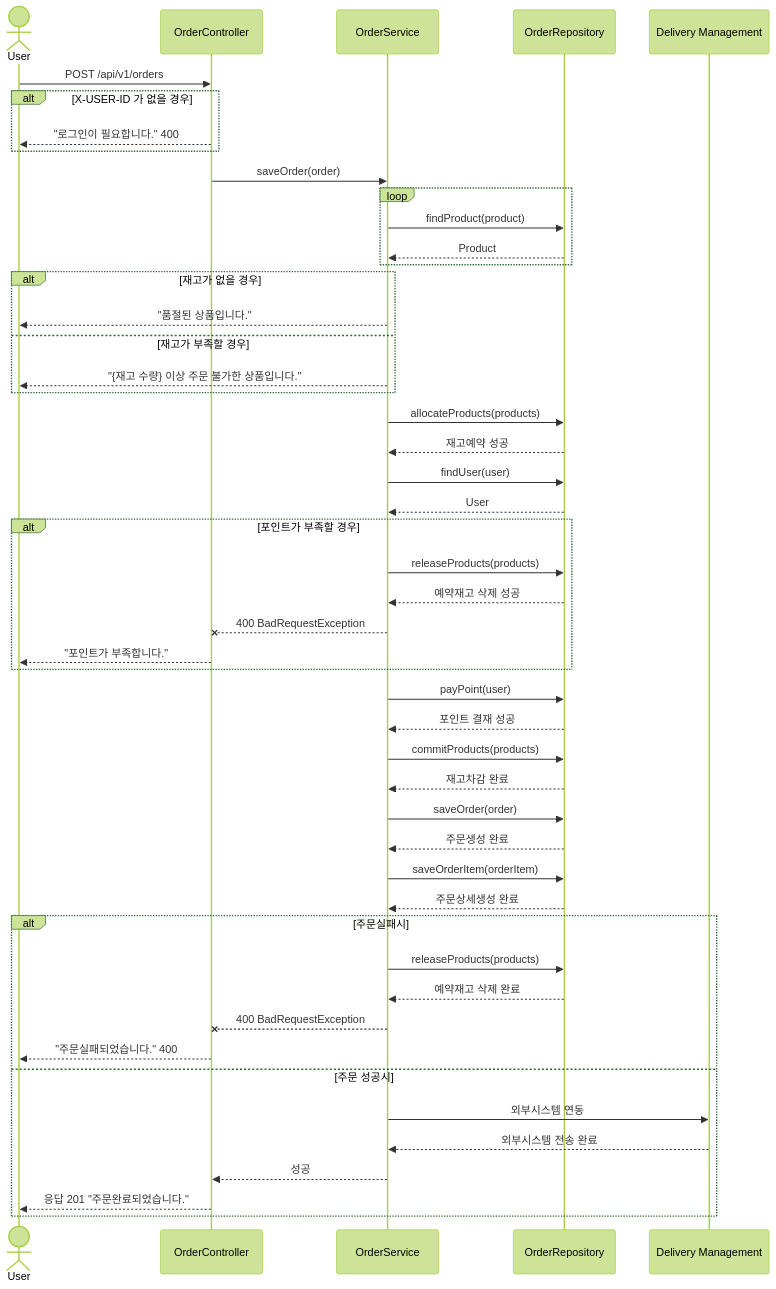
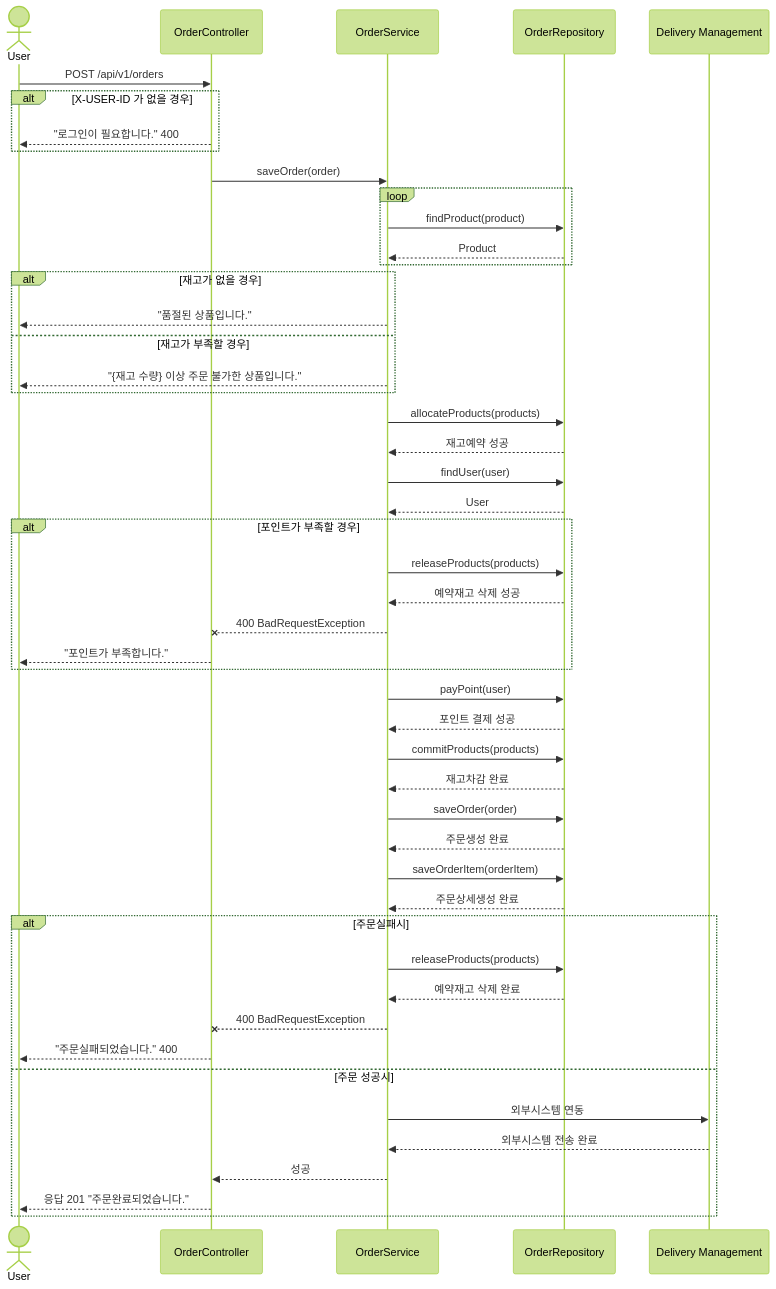
One commit to Loopers-dev-lab/loopers-spring-java-template changed the sixth of 6 diagrams in docs/week2/02-sequence-diagrams.md. Above: the diagram before and after it, drawn with Mermaid (forest theme). The commit also changed other lines of this file and 26 other files, not shown here.

````diff
--- a/docs/week2/02-sequence-diagrams.md
+++ b/docs/week2/02-sequence-diagrams.md
@@ -113,52 +113,52 @@
 ```mermaid
 sequenceDiagram  
 actor U as User  
 participant C as OrderController  
 participant S as OrderService  
 participant R as OrderRepository   
 participant DLV as Delivery Management
 
 U->>C: POST /api/v1/orders  
 alt X-USER-ID 가 없을 경우  
 C-->>U: "로그인이 필요합니다." 400  
 end  
 C->>S: saveOrder(order)
 loop  
 S->>R : findProduct(product)
 R-->>S: Product  
 end  
 alt 재고가 없을 경우  
 S-->>U: "품절된 상품입니다."
 else 재고가 부족할 경우  
 S-->>U: "{재고 수량} 이상 주문 불가한 상품입니다."
 end  
 S->>R: allocateProducts(products)
 R-->>S: 재고예약 성공  
 S->>R : findUser(user)
 R-->>S: User  
 alt 포인트가 부족할 경우  
 S->>R: releaseProducts(products)
 R-->>S: 예약재고 삭제 성공  
 S--x C: 400 BadRequestException  
 C-->>U: "포인트가 부족합니다."
 end  
 S->>R : payPoint(user)
-R-->>S: 포인트 결재 성공  
+R-->>S: 포인트 결제 성공  
 S->>R : commitProducts(products)
 R-->>S: 재고차감 완료  
 S->>R : saveOrder(order)
 R-->>S: 주문생성 완료  
 S->>R : saveOrderItem(orderItem)
 R-->>S: 주문상세생성 완료  
 alt 주문실패시  
 S->>R : releaseProducts(products)
 R-->>S: 예약재고 삭제 완료  
 S--x C: 400 BadRequestException  
 C-->>U: "주문실패되었습니다." 400  
 else 주문 성공시  
 S->>DLV :외부시스템 연동  
 DLV-->>S: 외부시스템 전송 완료  
 S-->>C: 성공   
 C-->>U: 응답 201 "주문완료되었습니다."
 end
 ```
````
